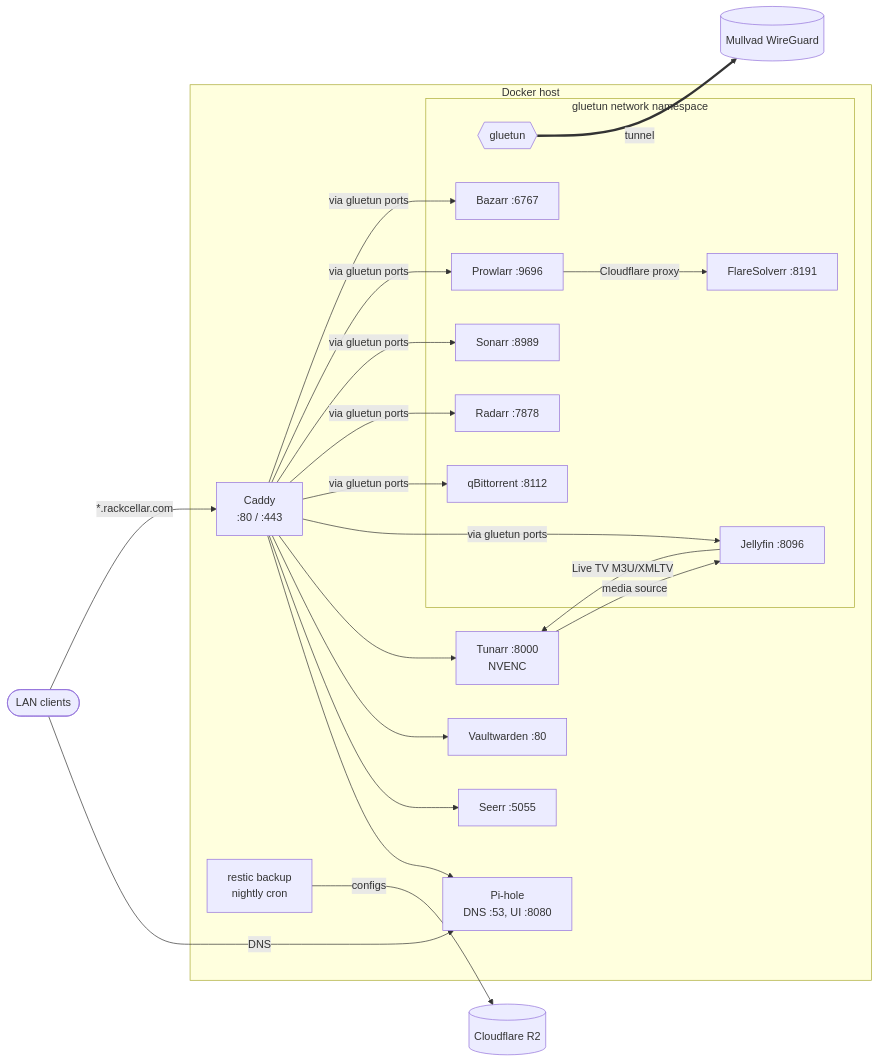
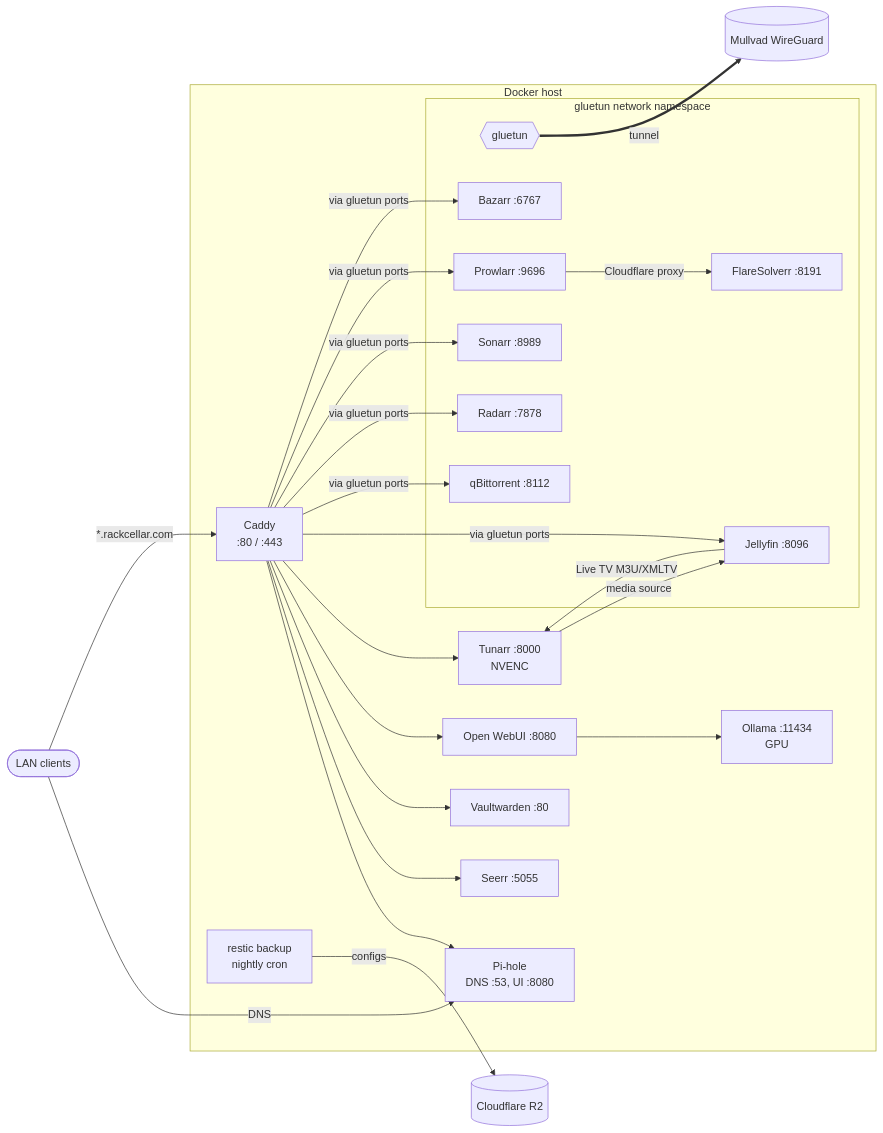
One commit to jonnynabors/docker changed the diagram in README.md. Above: the diagram before and after it, drawn with Mermaid. The commit also changed other lines of this file and 5 other files, not shown here.

````diff
--- a/README.md
+++ b/README.md
@@ -7,39 +7,43 @@
 ```mermaid
 flowchart LR
     LAN([LAN clients])
     Mullvad[(Mullvad WireGuard)]
     R2[(Cloudflare R2)]
 
     subgraph host[Docker host]
         pihole[Pi-hole<br/>DNS :53, UI :8080]
         caddy[Caddy<br/>:80 / :443]
         seerr[Seerr :5055]
         vault[Vaultwarden :80]
+        webui[Open WebUI :8080]
+        ollama[Ollama :11434<br/>GPU]
         tunarr[Tunarr :8000<br/>NVENC]
         backup[restic backup<br/>nightly cron]
 
         subgraph vpn[gluetun network namespace]
             gluetun{{gluetun}}
             jellyfin[Jellyfin :8096]
             qbit[qBittorrent :8112]
             radarr[Radarr :7878]
             sonarr[Sonarr :8989]
             prowlarr[Prowlarr :9696]
             flaresolverr[FlareSolverr :8191]
             bazarr[Bazarr :6767]
         end
     end
 
     LAN -- DNS --> pihole
     LAN -- "*.rackcellar.com" --> caddy
     caddy --> pihole
     caddy --> seerr
     caddy --> vault
+    caddy --> webui
+    webui --> ollama
     caddy --> tunarr
     jellyfin -- Live TV M3U/XMLTV --> tunarr
     tunarr -- media source --> jellyfin
     prowlarr -- Cloudflare proxy --> flaresolverr
     backup -- configs --> R2
     caddy -- via gluetun ports --> jellyfin & qbit & radarr & sonarr & prowlarr & bazarr
     gluetun == tunnel ==> Mullvad
 ```
````
